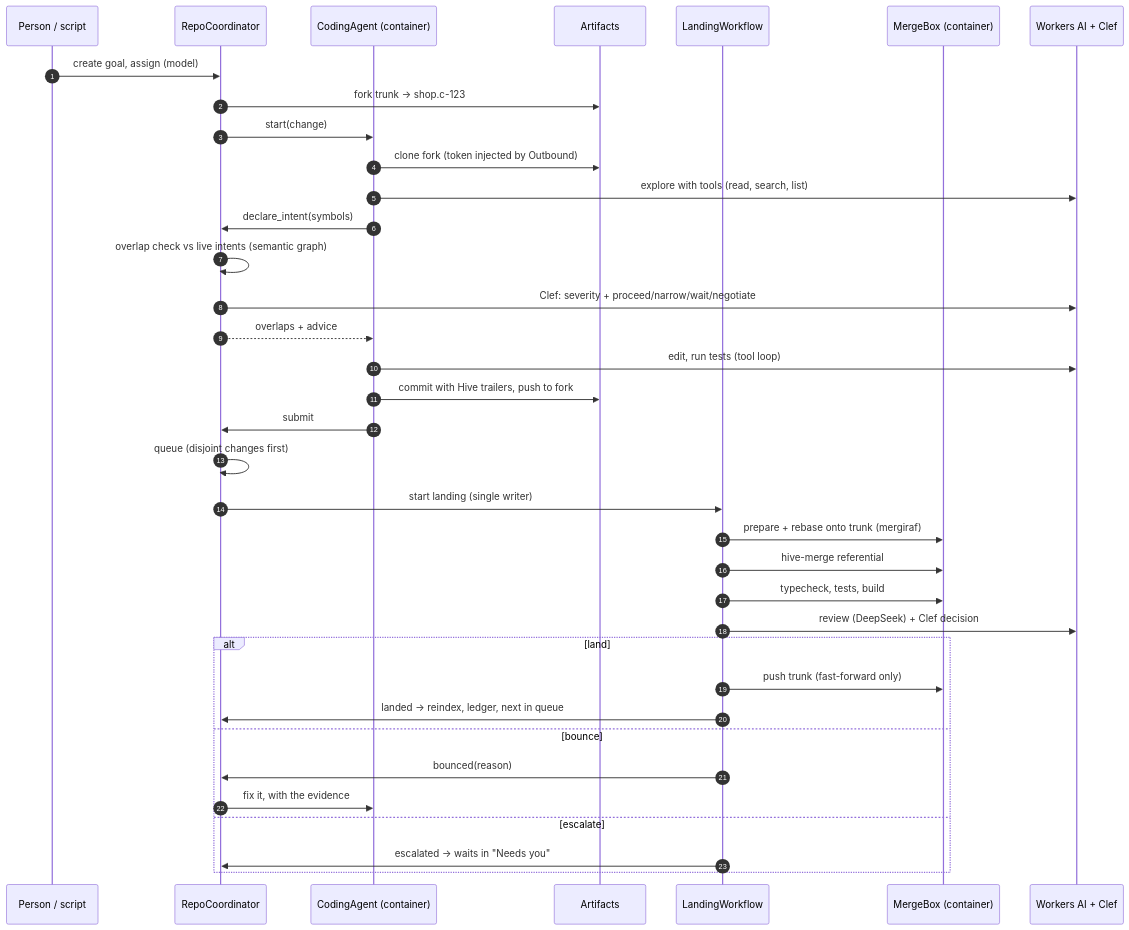
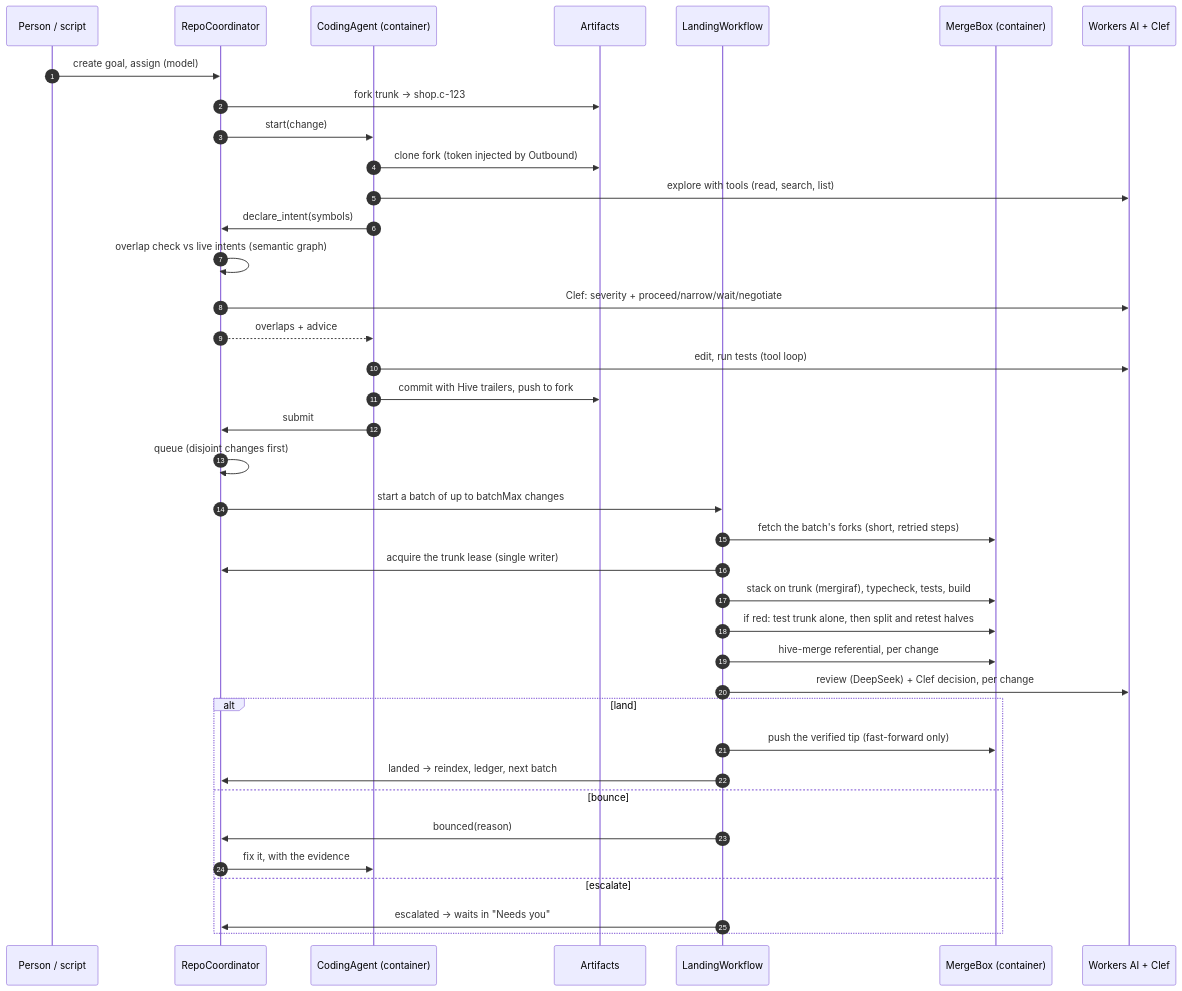
One commit to hivegithq/hive changed the third of 8 diagrams in README.md. Above: the diagram before and after it, drawn with Mermaid. The commit also changed other lines of this file and 3 other files, not shown here.

First line of the commit message:
Docs: 2,000-agent scale results, batch landing, design lessons

````diff
--- a/README.md
+++ b/README.md
@@ -160,39 +160,41 @@
 ```mermaid
 sequenceDiagram
     autonumber
     participant U as Person / script
     participant C as RepoCoordinator
     participant A as CodingAgent (container)
     participant R as Artifacts
     participant W as LandingWorkflow
     participant M as MergeBox (container)
     participant X as Workers AI + Clef
 
     U->>C: create goal, assign (model)
     C->>R: fork trunk → shop.c-123
     C->>A: start(change)
     A->>R: clone fork (token injected by Outbound)
     A->>X: explore with tools (read, search, list)
     A->>C: declare_intent(symbols)
     C->>C: overlap check vs live intents (semantic graph)
     C->>X: Clef: severity + proceed/narrow/wait/negotiate
     C-->>A: overlaps + advice
     A->>X: edit, run tests (tool loop)
     A->>R: commit with Hive trailers, push to fork
     A->>C: submit
     C->>C: queue (disjoint changes first)
-    C->>W: start landing (single writer)
-    W->>M: prepare + rebase onto trunk (mergiraf)
-    W->>M: hive-merge referential
-    W->>M: typecheck, tests, build
-    W->>X: review (DeepSeek) + Clef decision
+    C->>W: start a batch of up to batchMax changes
+    W->>M: fetch the batch's forks (short, retried steps)
+    W->>C: acquire the trunk lease (single writer)
+    W->>M: stack on trunk (mergiraf), typecheck, tests, build
+    W->>M: if red: test trunk alone, then split and retest halves
+    W->>M: hive-merge referential, per change
+    W->>X: review (DeepSeek) + Clef decision, per change
     alt land
-        W->>M: push trunk (fast-forward only)
-        W->>C: landed → reindex, ledger, next in queue
+        W->>M: push the verified tip (fast-forward only)
+        W->>C: landed → reindex, ledger, next batch
     else bounce
         W->>C: bounced(reason)
         C->>A: fix it, with the evidence
     else escalate
         W->>C: escalated → waits in "Needs you"
     end
 ```
````
